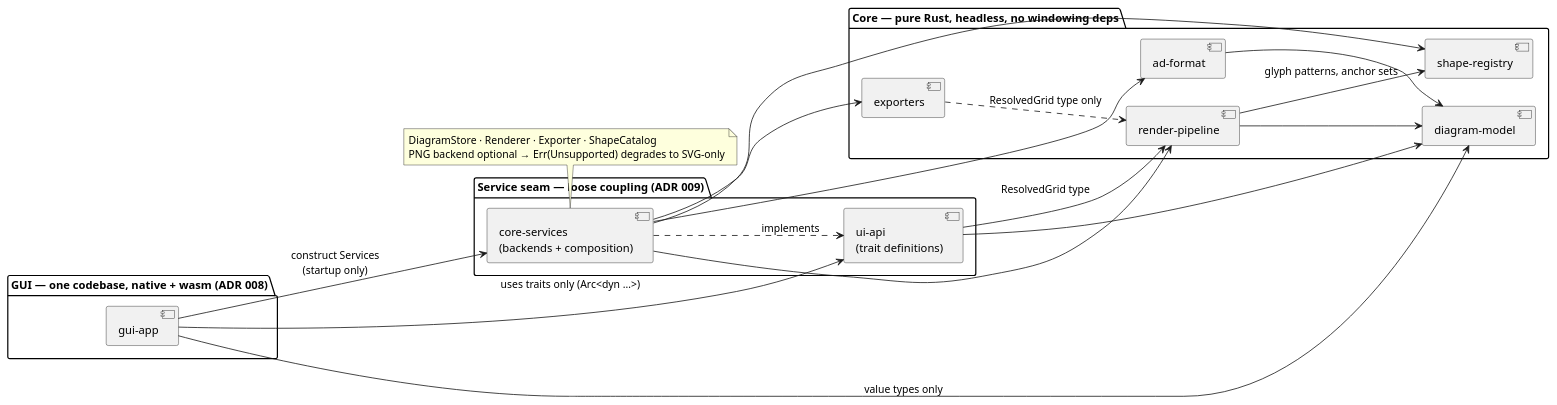
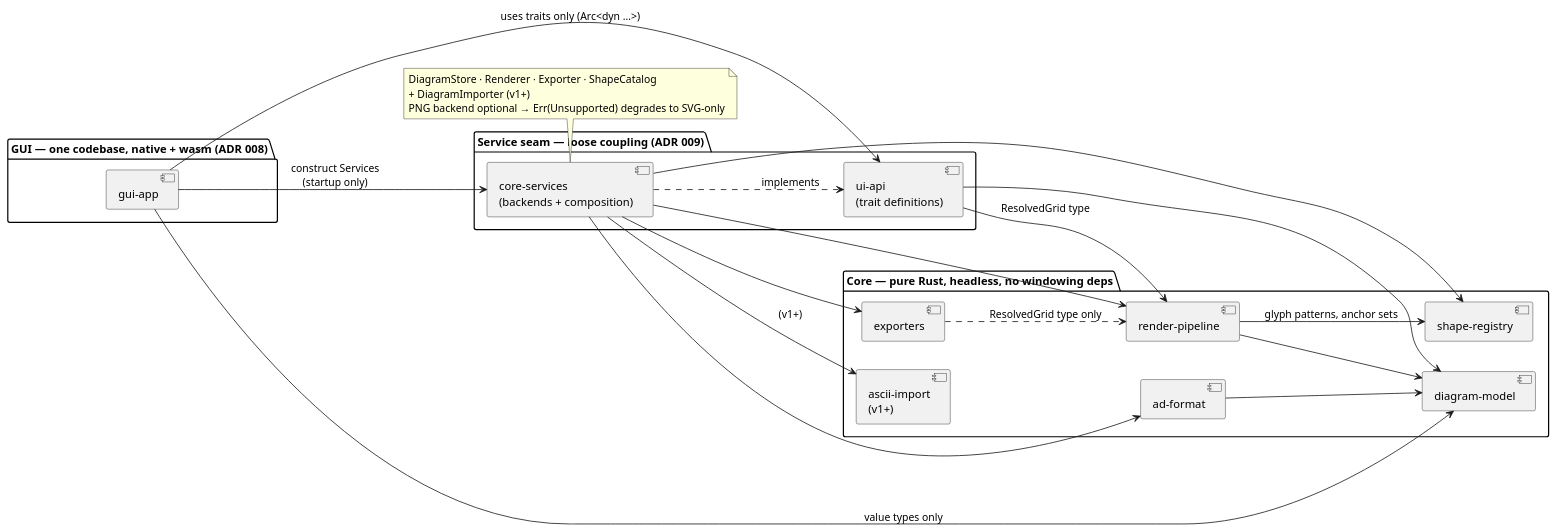
The second of 2 diagrams in doc/arc42/08-building-block-view.md (Reto411/ascii-diagram-drawer), drawn with PlantUML before and after one commit. The commit also changed other lines of this file and 2 other files, not shown here.

First line of the commit message:
Add ascii-import as first-class building block; ADR 009 → v2

````diff
--- a/doc/arc42/08-building-block-view.md
+++ b/doc/arc42/08-building-block-view.md
@@ -47,34 +48,36 @@
 ```plantuml
 @startuml
 left to right direction
 package "GUI — one codebase, native + wasm (ADR 008)" {
   [gui-app] as gui
 }
 package "Service seam — loose coupling (ADR 009)" {
   [ui-api\n(trait definitions)] as api
   [core-services\n(backends + composition)] as svc
 }
 package "Core — pure Rust, headless, no windowing deps" {
   [diagram-model] as model
   [ad-format] as fmt
   [shape-registry] as reg
   [render-pipeline] as pipe
   [exporters] as exp
+  [ascii-import\n(v1+)] as imp
 }
 gui --> api : uses traits only (Arc<dyn …>)
 gui --> svc : construct Services\n(startup only)
 gui --> model : value types only
 svc ..> api : implements
 svc --> fmt
 svc --> reg
 svc --> pipe
 svc --> exp
+svc --> imp : (v1+)
 api --> model
 api --> pipe : ResolvedGrid type
 fmt --> model
 pipe --> model
 pipe --> reg : glyph patterns, anchor sets
 exp ..> pipe : ResolvedGrid type only
-note bottom of svc : DiagramStore · Renderer · Exporter · ShapeCatalog\nPNG backend optional → Err(Unsupported) degrades to SVG-only
+note bottom of svc : DiagramStore · Renderer · Exporter · ShapeCatalog\n+ DiagramImporter (v1+)\nPNG backend optional → Err(Unsupported) degrades to SVG-only
 @enduml
 ```
````
